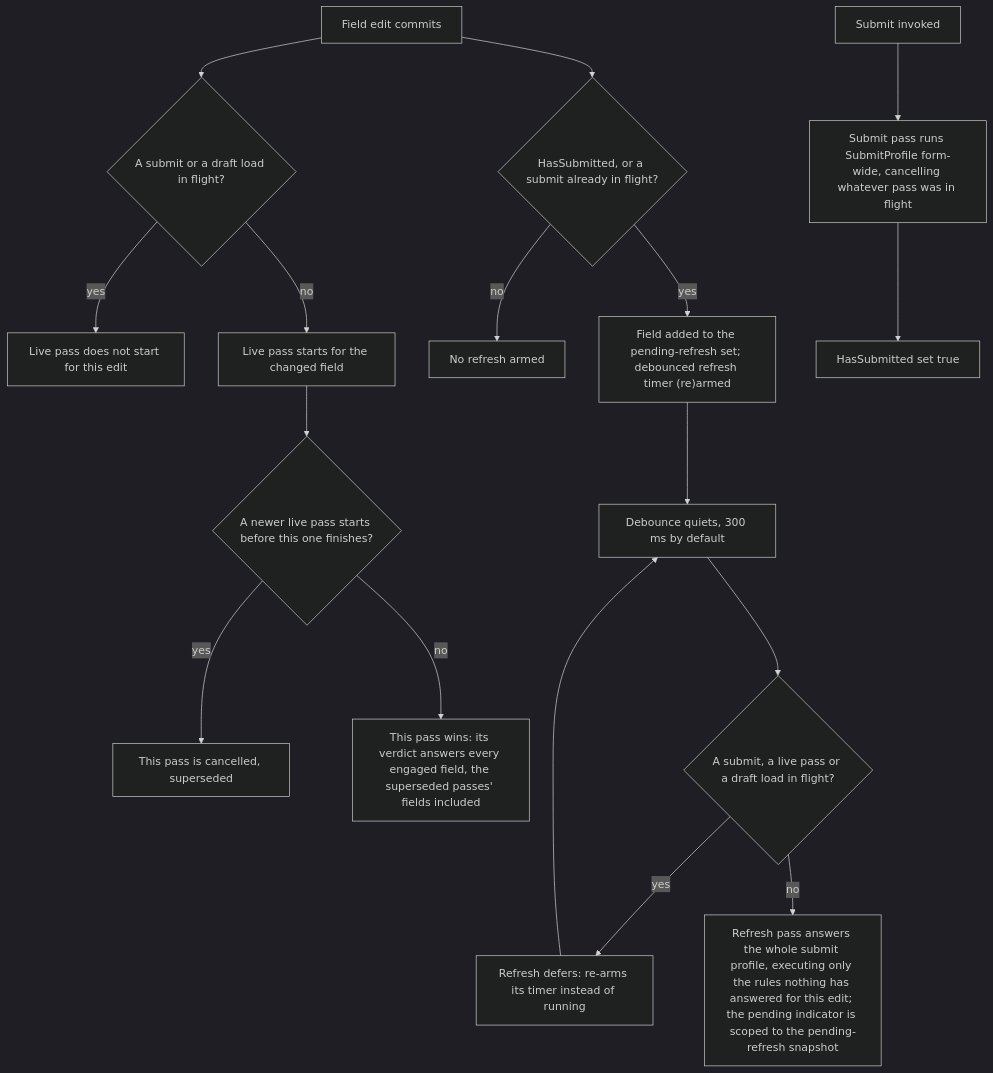
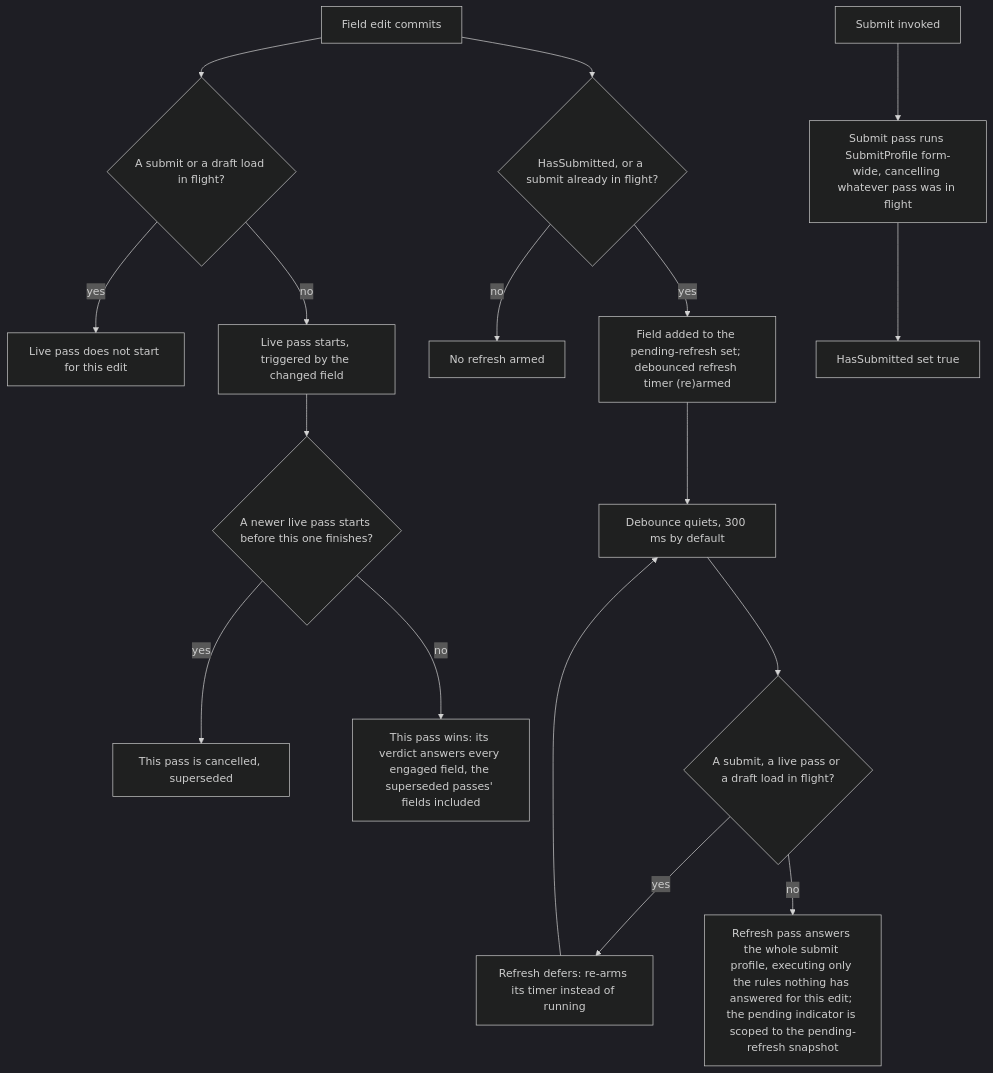
One commit to xfunc-pty-ltd/formidable changed the diagram in docs/async-validation.md. Above: the diagram before and after it, drawn with Mermaid (dark theme). The commit also changed other lines of this file and 37 other files, not shown here.

````diff
--- a/docs/async-validation.md
+++ b/docs/async-validation.md
@@ -140,22 +143,22 @@
 ```mermaid
 flowchart TD
     A["Field edit commits"] --> B{"A submit or a draft load in flight?"}
     B -- "yes" --> C["Live pass does not start for this edit"]
-    B -- "no" --> D["Live pass starts for the changed field"]
+    B -- "no" --> D["Live pass starts, triggered by the changed field"]
     D --> E{"A newer live pass starts before this one finishes?"}
     E -- "yes" --> F["This pass is cancelled, superseded"]
     E -- "no" --> G["This pass wins: its verdict answers every engaged field, the superseded passes' fields included"]
 
     A --> H{"HasSubmitted, or a submit already in flight?"}
     H -- "no" --> I["No refresh armed"]
     H -- "yes" --> J["Field added to the pending-refresh set; debounced refresh timer (re)armed"]
 
     J --> K["Debounce quiets, 300 ms by default"]
     K --> L{"A submit, a live pass or a draft load in flight?"}
     L -- "yes" --> M["Refresh defers: re-arms its timer instead of running"]
     M --> K
     L -- "no" --> N["Refresh pass answers the whole submit profile, executing only the rules nothing has answered for this edit; the pending indicator is scoped to the pending-refresh snapshot"]
 
     O["Submit invoked"] --> P["Submit pass runs SubmitProfile form-wide, cancelling whatever pass was in flight"]
     P --> Q["HasSubmitted set true"]
 ```
````
